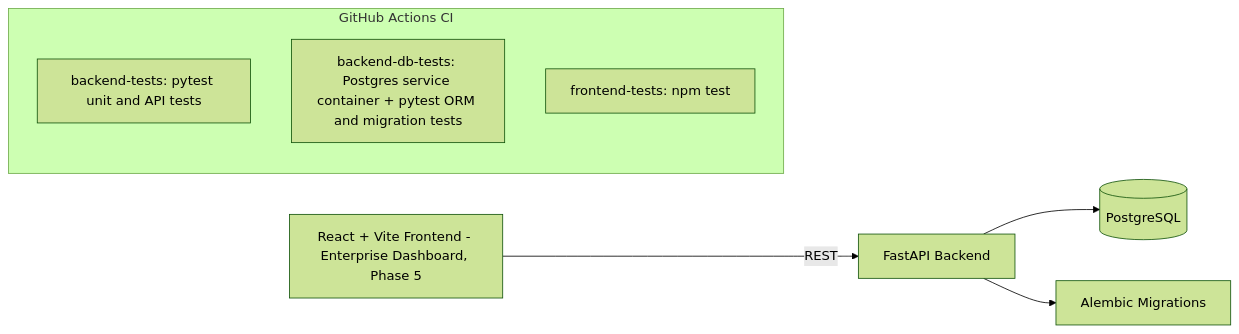
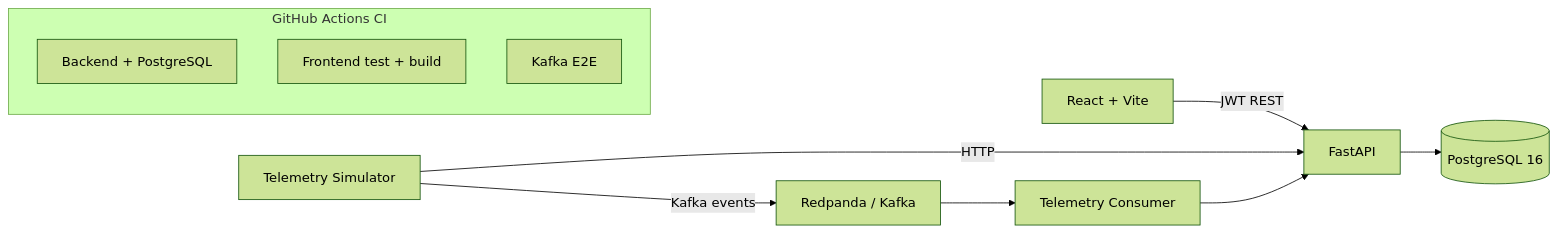
One commit to kamjula/roboops-platform changed the diagram in README.md. Above: the diagram before and after it, drawn with Mermaid (forest theme). The commit also changed other lines of this file and 6 other files, not shown here.

````diff
--- a/README.md
+++ b/README.md
@@ -27,11 +29,14 @@
 ```mermaid
 flowchart LR
-    A[React + Vite Frontend - Enterprise Dashboard, Phase 5] -->|REST| B[FastAPI Backend]
-    B --> C[(PostgreSQL)]
-    B --> D[Alembic Migrations]
+    A[React + Vite] -->|JWT REST| B[FastAPI]
+    S[Telemetry Simulator] -->|HTTP| B
+    S -->|Kafka events| K
+    B --> C[(PostgreSQL 16)]
+    K[Redpanda / Kafka] --> W[Telemetry Consumer]
+    W --> B
     subgraph CI [GitHub Actions CI]
-        E1[backend-tests: pytest unit and API tests]
-        E2[backend-db-tests: Postgres service container + pytest ORM and migration tests]
-        E3[frontend-tests: npm test]
+        E1[Backend + PostgreSQL]
+        E2[Frontend test + build]
+        E3[Kafka E2E]
     end
 ```
````
